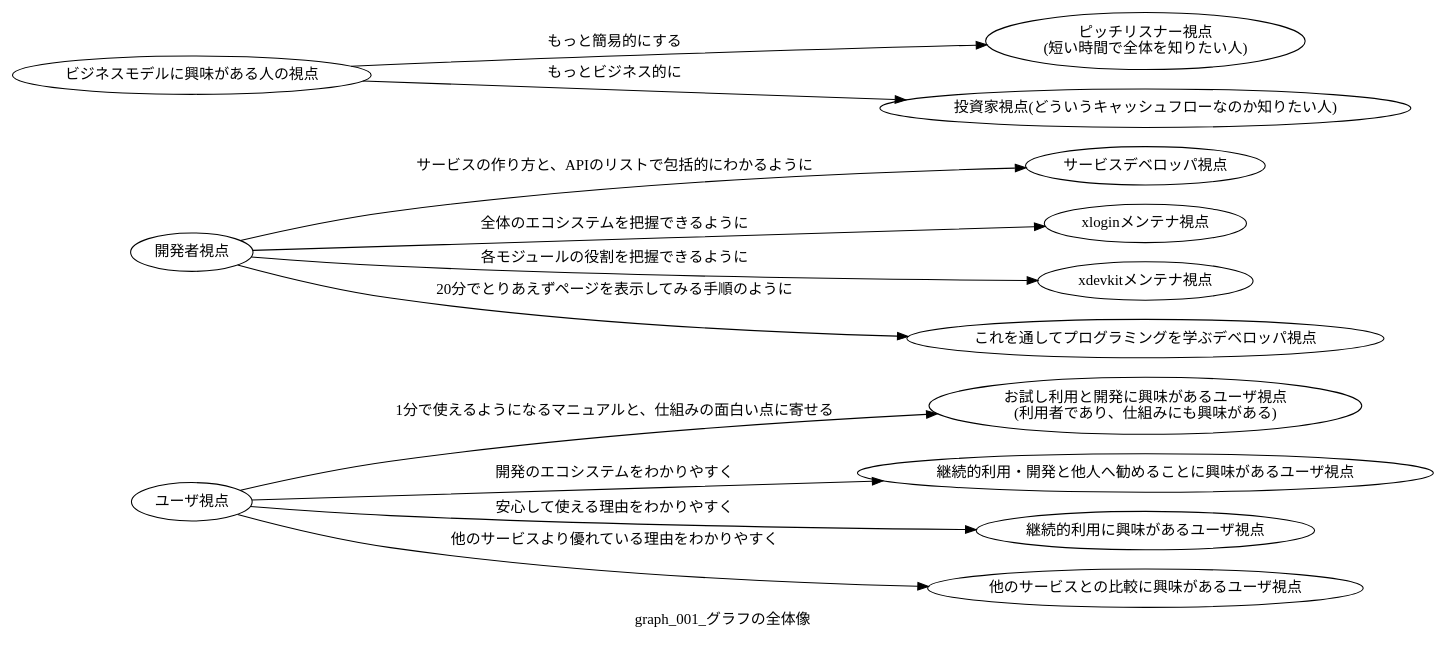
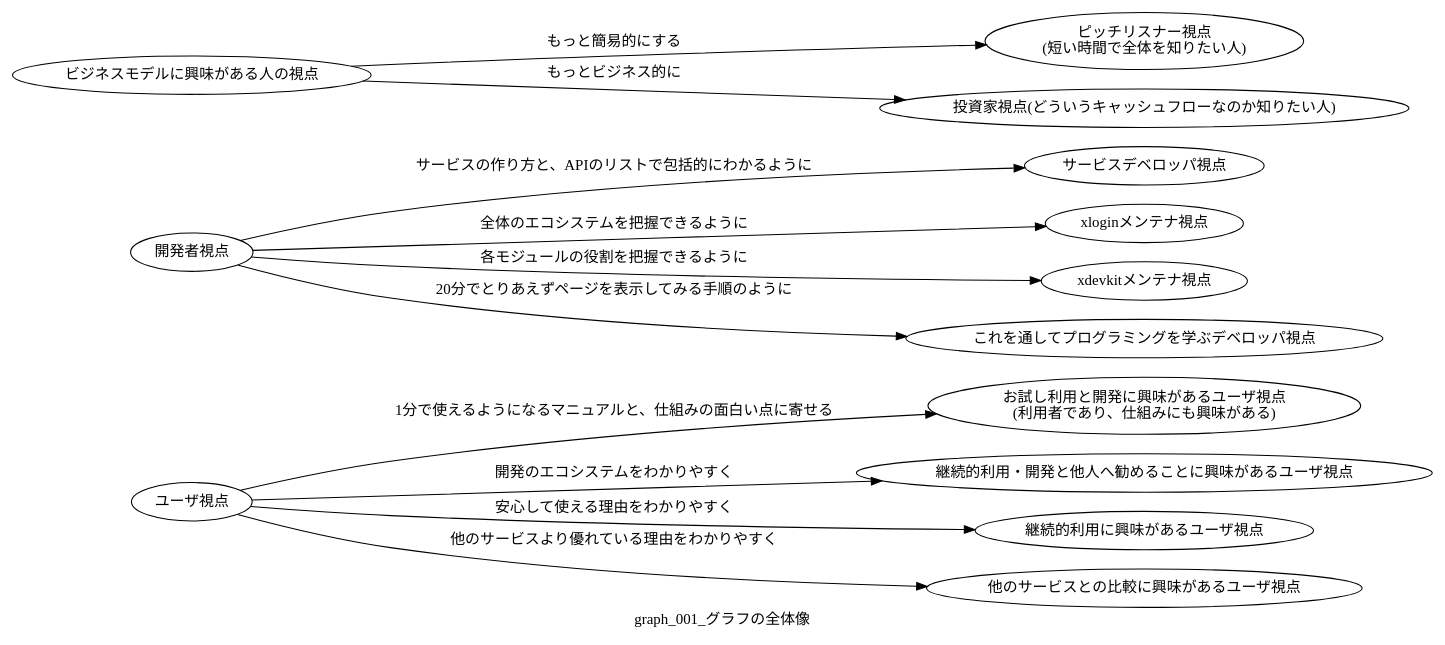
One commit to autoaim-jp/xlogin-jp changed the diagram in doc/architecture/v2/src/graph/001_グラフの全体像.dot. Above: the diagram before and after it, drawn with Graphviz. The commit also changed 4 other files, not shown here.

Commit message:
add: Dockerfile in architecture/v2

```diff
--- a/doc/architecture/v2/src/graph/001_グラフの全体像.dot
+++ b/doc/architecture/v2/src/graph/001_グラフの全体像.dot
@@ -1,46 +1,49 @@
 digraph G {
+  graph [charset="UTF-8" fontname = "Meiryo"]
+  node [fontname = "Meiryo"]
+  edge [fontname = "Meiryo"]
   rankdir="LR"
   label="graph_001_グラフの全体像"
   
   # user
   service_user [label="ユーザ視点"]
   innovator_user [label="お試し利用と開発に興味があるユーザ視点\n(利用者であり、仕組みにも興味がある)"]
   early_adopter_user [label="継続的利用・開発と他人へ勧めることに興味があるユーザ視点"]
   early_majority_user [label="継続的利用に興味があるユーザ視点"]
   last_mile_user [label="他のサービスとの比較に興味があるユーザ視点"]
   
   service_user -> innovator_user [label="1分で使えるようになるマニュアルと、仕組みの面白い点に寄せる"]
   service_user -> early_adopter_user [label="開発のエコシステムをわかりやすく"]
   service_user -> early_majority_user [label="安心して使える理由をわかりやすく"]
   service_user -> last_mile_user [label="他のサービスより優れている理由をわかりやすく"]
   
   # developer
   developer [label="開発者視点"]
   service_developer [label="サービスデベロッパ視点"]
   xlogin_developer [label="xloginメンテナ視点"]
   xdevkit_developer [label="xdevkitメンテナ視点"]
   trainee_developer [label="これを通してプログラミングを学ぶデベロッパ視点"]
   
   developer -> service_developer [label="サービスの作り方と、APIのリストで包括的にわかるように"]
   developer -> xlogin_developer [label="全体のエコシステムを把握できるように"]
   developer -> xdevkit_developer [label="各モジュールの役割を把握できるように"]
   developer -> trainee_developer [label="20分でとりあえずページを表示してみる手順のように"]
   
   
   # listener
   business_model_listener [label="ビジネスモデルに興味がある人の視点"]
   pitch_listener [label="ピッチリスナー視点\n(短い時間で全体を知りたい人)"]
   business_investor [label="投資家視点(どういうキャッシュフローなのか知りたい人)\n"]
 
   business_model_listener -> pitch_listener [label="もっと簡易的にする"]
   business_model_listener -> business_investor [label="もっとビジネス的に"]  
   
   
   # adjusting position
   {
       rank=same
       service_user
       developer
       business_model_listener
   }
 }
```
